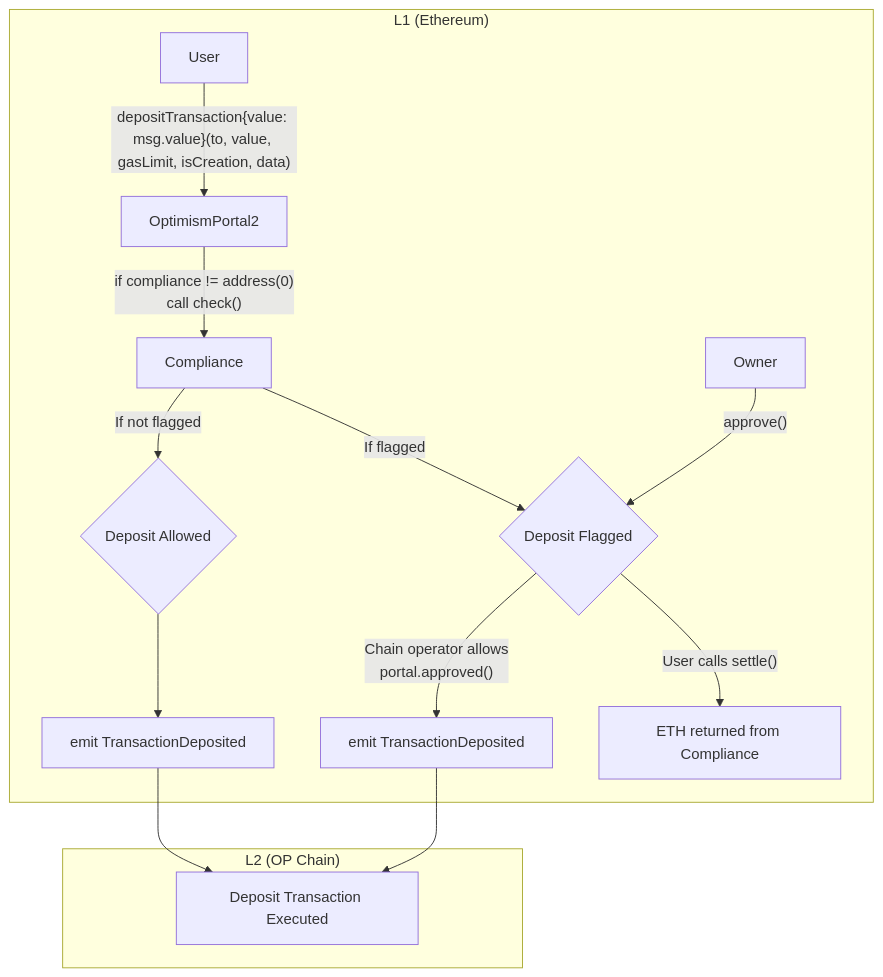
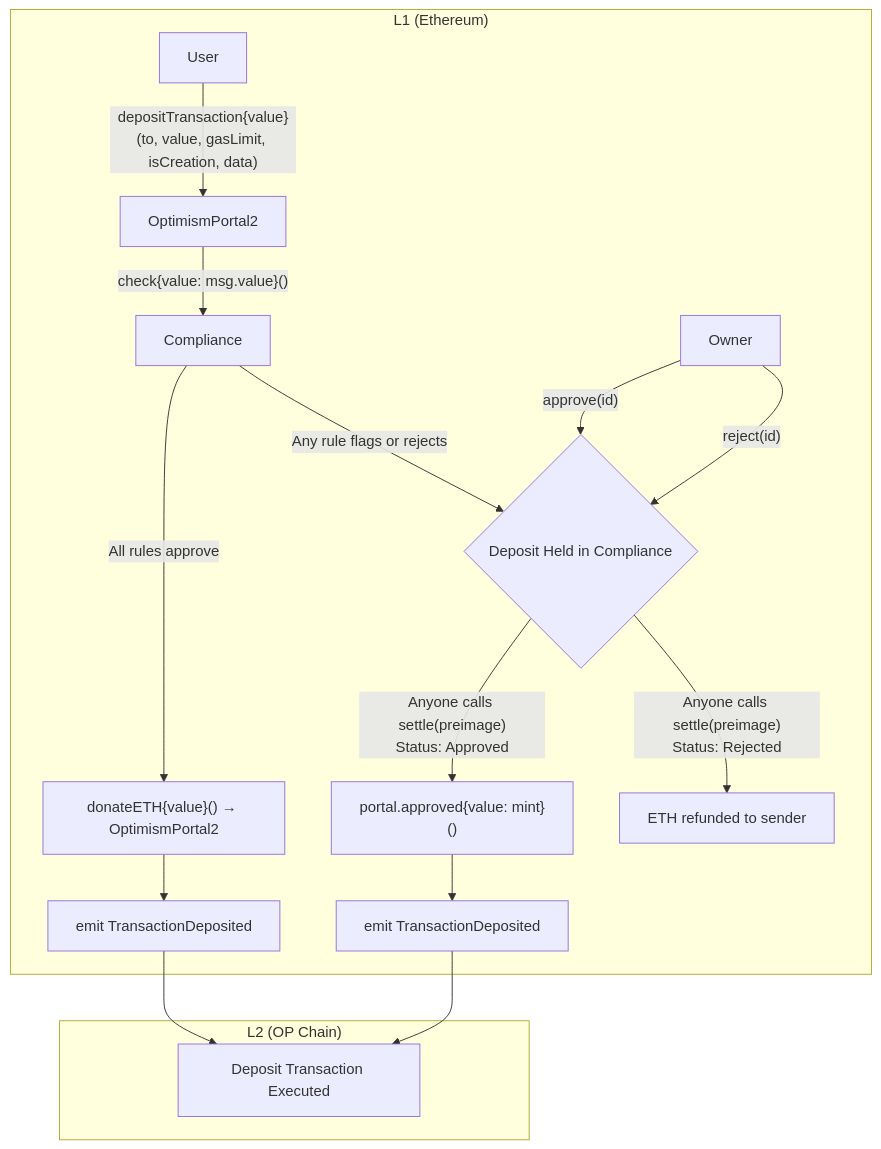
One commit to ethereum-optimism/design-docs changed the first of 2 diagrams in protocol/compliance-module.md. Above: the diagram before and after it, drawn with Mermaid. The commit also changed other lines of this file, not shown here.

First line of the commit message:
fix: correct mermaid diagrams for deposit and withdrawal flows

````diff
--- a/protocol/compliance-module.md
+++ b/protocol/compliance-module.md
@@ -58,28 +58,33 @@
 ```mermaid
 flowchart TB
     subgraph L1["L1 (Ethereum)"]
         User1[User]
         Portal[OptimismPortal2]
         Compliance1[Compliance]
         Owner1[Owner]
 
-        User1 -->|"depositTransaction{value: msg.value}(to, value, gasLimit, isCreation, data)"| Portal
-        Portal -->|"if compliance != address(0)<br/>call check()"| Compliance1
+        User1 -->|"depositTransaction{value}(to, value, gasLimit, isCreation, data)"| Portal
+        Portal -->|"check{value: msg.value}()"| Compliance1
 
-        Compliance1 -->|If not flagged| Allowed1{Deposit Allowed}
-        Allowed1 --> Emit1[emit TransactionDeposited]
+        Compliance1 -->|"All rules approve"| Donate1["donateETH{value}() → OptimismPortal2"]
+        Donate1 --> Emit1[emit TransactionDeposited]
 
-        Owner1 -->|"approve()"| Flagged1
-        Compliance1 -->|If flagged| Flagged1{Deposit Flagged}
-        Flagged1 -->|"Chain operator allows<br/>portal.approved()"| Emit2[emit TransactionDeposited]
-        Flagged1 -->|"User calls settle()"| Refund[ETH returned from Compliance]
+        Compliance1 -->|"Any rule flags or rejects"| Held1{Deposit Held in Compliance}
+
+        Owner1 -->|"approve(id)"| Held1
+        Owner1 -->|"reject(id)"| Held1
+
+        Held1 -->|"Anyone calls settle(preimage)<br/>Status: Approved"| SettleApproved1["portal.approved{value: mint}()"]
+        SettleApproved1 --> Emit2[emit TransactionDeposited]
+
+        Held1 -->|"Anyone calls settle(preimage)<br/>Status: Rejected"| Refund1[ETH refunded to sender]
     end
 
     subgraph L2["L2 (OP Chain)"]
         Executed1[Deposit Transaction Executed]
     end
 
     Emit1 --> Executed1
     Emit2 --> Executed1
 
 ```
````
